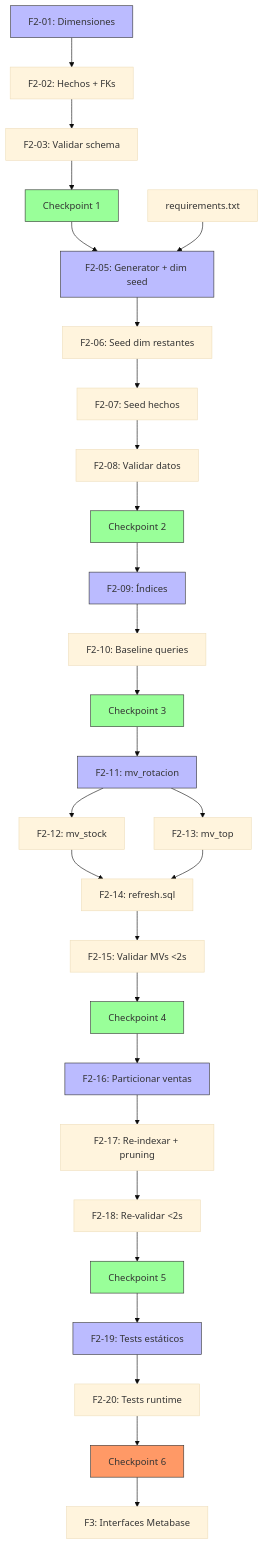
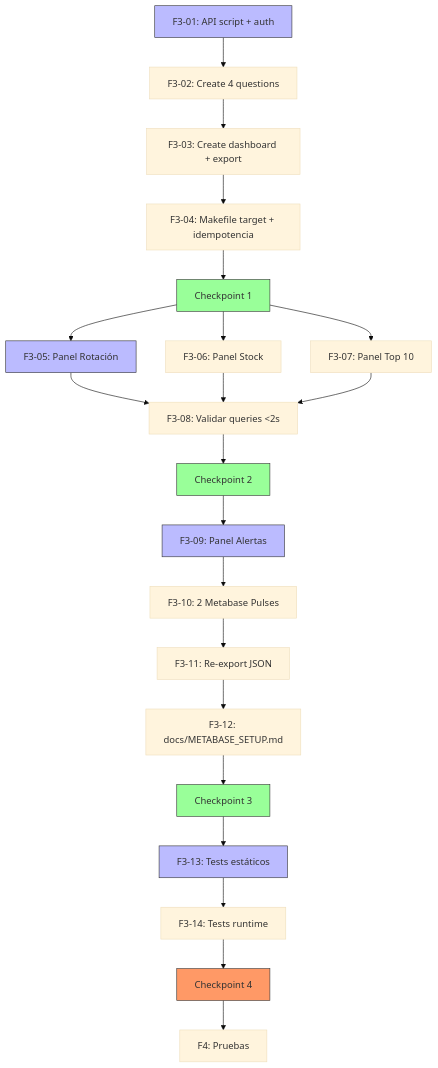
The diagram in tasks/plan.md (Fisherk2/dashboard-metabase-analiticas), drawn with Mermaid (base theme) before and after one commit. The commit also changed other lines of this file and 1 other file, not shown here.

First line of the commit message:
plan(f3): execution plan for Interfaces phase (4 panels + 2 Metabase Pulses)

````diff
--- a/tasks/plan.md
+++ b/tasks/plan.md
@@ -175,43 +135,32 @@
 ```mermaid
 graph TD
-    F2_01[F2-01: Dimensiones] --> F2_02[F2-02: Hechos + FKs]
-    F2_02 --> F2_03[F2-03: Validar schema]
-    F2_03 --> C1[Checkpoint 1]
-    C1 --> F2_05[F2-05: Generator + dim seed]
-    F2_04[requirements.txt] --> F2_05
-    F2_05 --> F2_06[F2-06: Seed dim restantes]
-    F2_06 --> F2_07[F2-07: Seed hechos]
-    F2_07 --> F2_08[F2-08: Validar datos]
-    F2_08 --> C2[Checkpoint 2]
-    C2 --> F2_09[F2-09: Índices]
-    F2_09 --> F2_10[F2-10: Baseline queries]
-    F2_10 --> C3[Checkpoint 3]
-    C3 --> F2_11[F2-11: mv_rotacion]
-    F2_11 --> F2_12[F2-12: mv_stock]
-    F2_11 --> F2_13[F2-13: mv_top]
-    F2_12 --> F2_14[F2-14: refresh.sql]
-    F2_13 --> F2_14
-    F2_14 --> F2_15[F2-15: Validar MVs <2s]
-    F2_15 --> C4[Checkpoint 4]
-    C4 --> F2_16[F2-16: Particionar ventas]
-    F2_16 --> F2_17[F2-17: Re-indexar + pruning]
-    F2_17 --> F2_18[F2-18: Re-validar <2s]
-    F2_18 --> C5[Checkpoint 5]
-    C5 --> F2_19[F2-19: Tests estáticos]
-    F2_19 --> F2_20[F2-20: Tests runtime]
-    F2_20 --> C6[Checkpoint 6]
-    C6 --> F3[F3: Interfaces Metabase]
+    F3_01[F3-01: API script + auth] --> F3_02[F3-02: Create 4 questions]
+    F3_02 --> F3_03[F3-03: Create dashboard + export]
+    F3_03 --> F3_04[F3-04: Makefile target + idempotencia]
+    F3_04 --> C1[Checkpoint 1]
+    C1 --> F3_05[F3-05: Panel Rotación]
+    C1 --> F3_06[F3-06: Panel Stock]
+    C1 --> F3_07[F3-07: Panel Top 10]
+    F3_05 --> F3_08[F3-08: Validar queries <2s]
+    F3_06 --> F3_08
+    F3_07 --> F3_08
+    F3_08 --> C2[Checkpoint 2]
+    C2 --> F3_09[F3-09: Panel Alertas]
+    F3_09 --> F3_10[F3-10: 2 Metabase Pulses]
+    F3_10 --> F3_11[F3-11: Re-export JSON]
+    F3_11 --> F3_12[F3-12: docs/METABASE_SETUP.md]
+    F3_12 --> C3[Checkpoint 3]
+    C3 --> F3_13[F3-13: Tests estáticos]
+    F3_13 --> F3_14[F3-14: Tests runtime]
+    F3_14 --> C4[Checkpoint 4]
+    C4 --> F4[F4: Pruebas]
 
-    style F2_01 fill:#bbf,stroke:#333
-    style F2_05 fill:#bbf,stroke:#333
-    style F2_09 fill:#bbf,stroke:#333
-    style F2_11 fill:#bbf,stroke:#333
-    style F2_16 fill:#bbf,stroke:#333
-    style F2_19 fill:#bbf,stroke:#333
+    style F3_01 fill:#bbf,stroke:#333
+    style F3_05 fill:#bbf,stroke:#333
+    style F3_09 fill:#bbf,stroke:#333
+    style F3_13 fill:#bbf,stroke:#333
     style C1 fill:#9f9,stroke:#333
     style C2 fill:#9f9,stroke:#333
     style C3 fill:#9f9,stroke:#333
-    style C4 fill:#9f9,stroke:#333
-    style C5 fill:#9f9,stroke:#333
-    style C6 fill:#f96,stroke:#333
+    style C4 fill:#f96,stroke:#333
 ```
````
